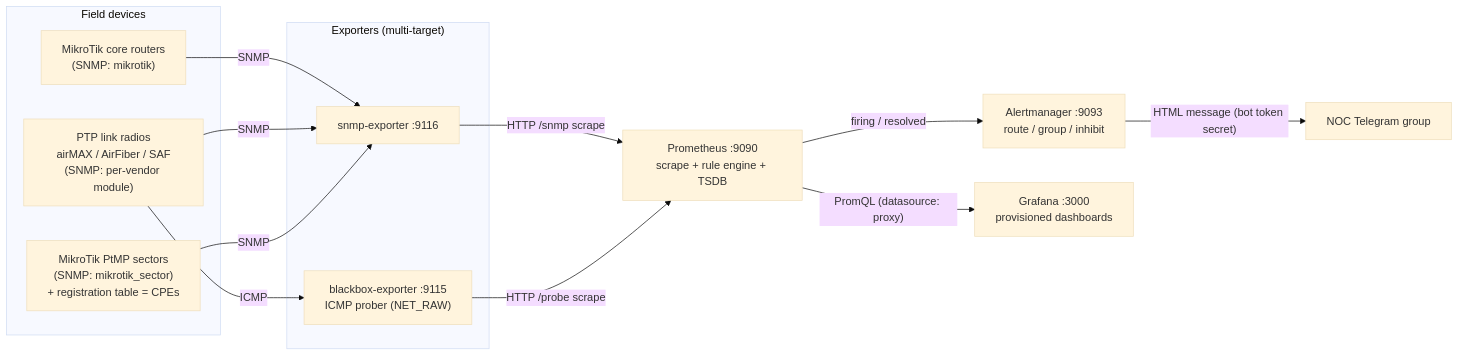
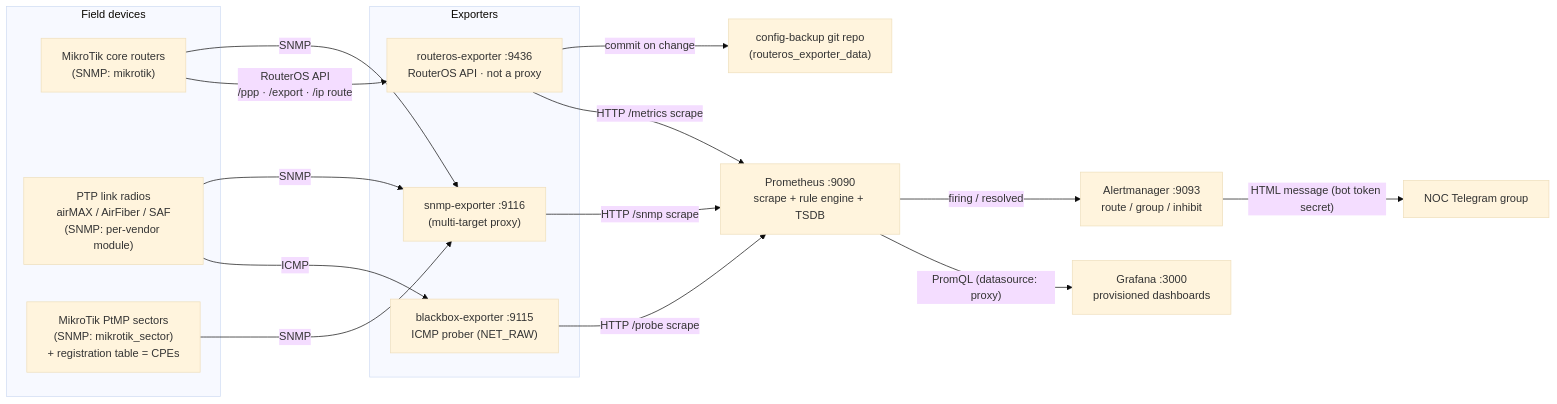
The first of 5 diagrams in docs/ARCHITECTURE.md (ValCee1/ISP-Observability-Platform), drawn with Mermaid (base theme) before and after one commit. The commit also changed other lines of this file and 48 other files, not shown here.

First line of the commit message:
Tier 1: RouterOS API collector — subscriber intelligence, config backup, topology rollup

````diff
--- a/docs/ARCHITECTURE.md
+++ b/docs/ARCHITECTURE.md
@@ -18,30 +18,35 @@
 ```mermaid
 flowchart LR
     subgraph field["Field devices"]
         R["MikroTik core routers<br/>(SNMP: mikrotik)"]
         L["PTP link radios<br/>airMAX / AirFiber / SAF<br/>(SNMP: per-vendor module)"]
         S["MikroTik PtMP sectors<br/>(SNMP: mikrotik_sector)<br/>+ registration table = CPEs"]
     end
 
-    subgraph exporters["Exporters (multi-target)"]
-        SNMP["snmp-exporter :9116"]
+    subgraph exporters["Exporters"]
+        SNMP["snmp-exporter :9116<br/>(multi-target proxy)"]
         BB["blackbox-exporter :9115<br/>ICMP prober (NET_RAW)"]
+        RE["routeros-exporter :9436<br/>RouterOS API · not a proxy"]
     end
 
     P["Prometheus :9090<br/>scrape + rule engine + TSDB"]
     AM["Alertmanager :9093<br/>route / group / inhibit"]
     G["Grafana :3000<br/>provisioned dashboards"]
     TG["NOC Telegram group"]
+    GIT["config-backup git repo<br/>(routeros_exporter_data)"]
 
     R -- SNMP --> SNMP
     L -- SNMP --> SNMP
     S -- SNMP --> SNMP
     L -- ICMP --> BB
+    R -- "RouterOS API<br/>/ppp · /export · /ip route" --> RE
+    RE -- "commit on change" --> GIT
 
     SNMP -- "HTTP /snmp scrape" --> P
     BB   -- "HTTP /probe scrape" --> P
+    RE   -- "HTTP /metrics scrape" --> P
 
     P -- "firing / resolved" --> AM
     AM -- "HTML message (bot token secret)" --> TG
     P -- "PromQL (datasource: proxy)" --> G
 ```
````
